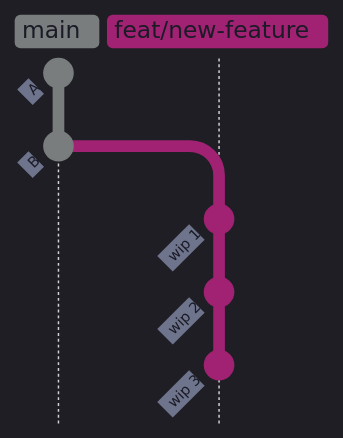
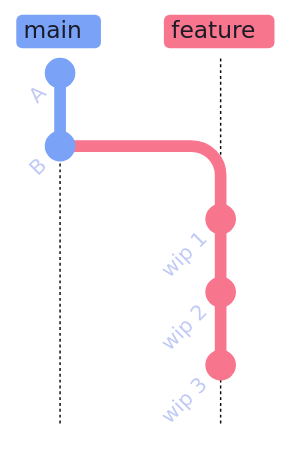
The fifth of 8 diagrams in content/08-Git/merge-vs-rebase-vs-squash.md (alp78/elysium), drawn with Mermaid before and after one commit. The commit also changed other lines of this file and 14 other files, not shown here.

````diff
--- a/content/08-Git/merge-vs-rebase-vs-squash.md
+++ b/content/08-Git/merge-vs-rebase-vs-squash.md
@@ -234,11 +234,11 @@
 ```mermaid
-%%{init: {'theme': 'dark', 'themeVariables': {'commitLabelColor': '#1a1b26', 'commitLabelBackground': '#c0caf5', 'gitBranchLabel0': '#1a1b26', 'gitBranchLabel1': '#1a1b26', 'gitBranchLabel2': '#1a1b26', 'gitBranchLabel3': '#1a1b26', 'tagLabelColor': '#1a1b26', 'tagLabelBackground': '#c0caf5'}, 'gitGraph': {'mainBranchName': 'main'}} }%%
+%%{init: {'theme': 'base', 'themeVariables': {'git0': '#7aa2f7', 'git1': '#f7768e', 'git2': '#9ece6a', 'git3': '#e0af68', 'git4': '#bb9af7', 'gitBranchLabel0': '#1a1b26', 'gitBranchLabel1': '#1a1b26', 'gitBranchLabel2': '#1a1b26', 'gitBranchLabel3': '#1a1b26', 'commitLabelColor': '#c0caf5', 'commitLabelBackground': 'transparent', 'commitLabelFontSize': '14px', 'tagLabelColor': '#1a1b26', 'tagLabelBackground': '#c0caf5'}, 'gitGraph': {'mainBranchName': 'main'}} }%%
 gitGraph TB:
   commit id: "A"
   commit id: "B"
-  branch feat/new-feature
+  branch feature
   commit id: "wip 1"
   commit id: "wip 2"
   commit id: "wip 3"
   checkout main
 ```
````
